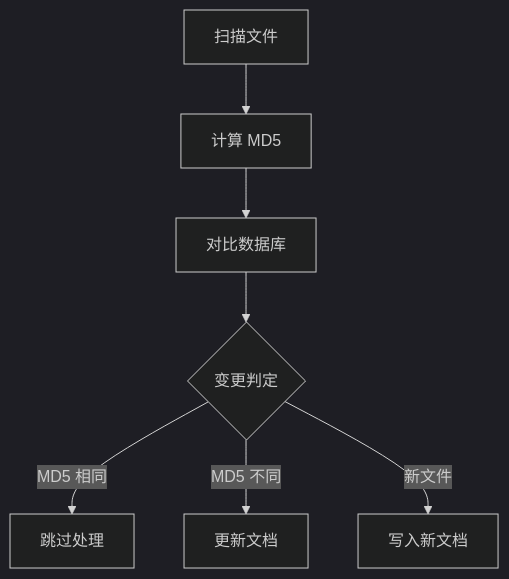
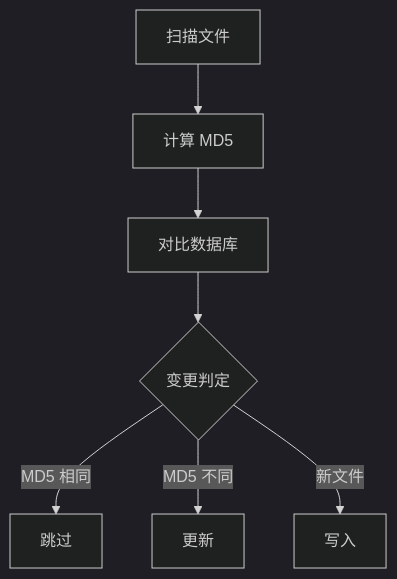
Diagram 11 of 11 in 6. 银行研发智能助手技术说明书.md (wonglaitung/splan), drawn with Mermaid (dark theme) before and after one commit. The commit also changed other lines of this file, not shown here.

````diff
--- a/6. 银行研发智能助手技术说明书.md
+++ b/6. 银行研发智能助手技术说明书.md
@@ -932,9 +505,7 @@
 ```mermaid
 flowchart TB
-    SCAN["扫描文件"] --> MD5["计算 MD5"]
-    MD5 --> CMP["对比数据库"]
-    CMP --> DEC{"变更判定"}
-    DEC -->|MD5 相同| SKIP["跳过处理"]
-    DEC -->|MD5 不同| UPD["更新文档"]
-    DEC -->|新文件| NEW["写入新文档"]
+    SCAN["扫描文件"] --> MD5["计算 MD5"] --> CMP["对比数据库"] --> DEC{"变更判定"}
+    DEC -->|MD5 相同| SKIP["跳过"]
+    DEC -->|MD5 不同| UPD["更新"]
+    DEC -->|新文件| NEW["写入"]
 ```
````
